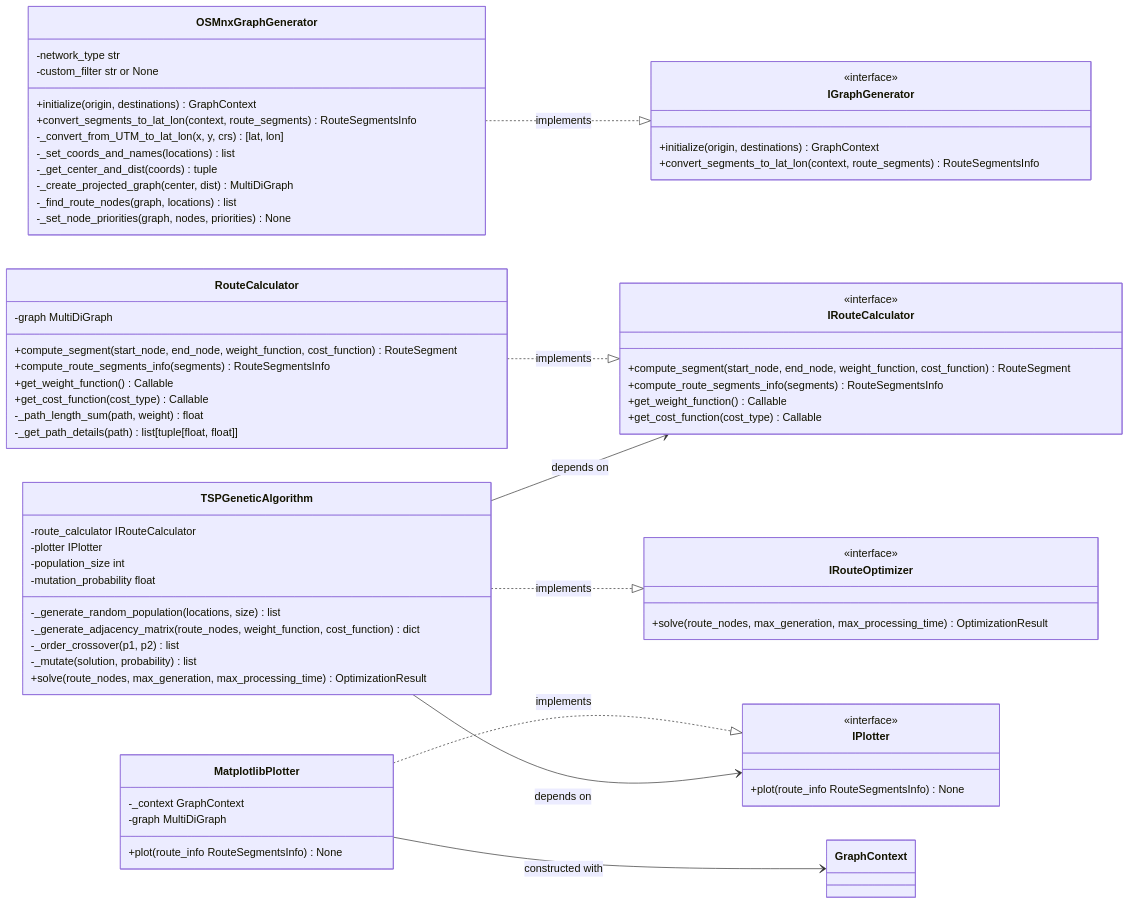
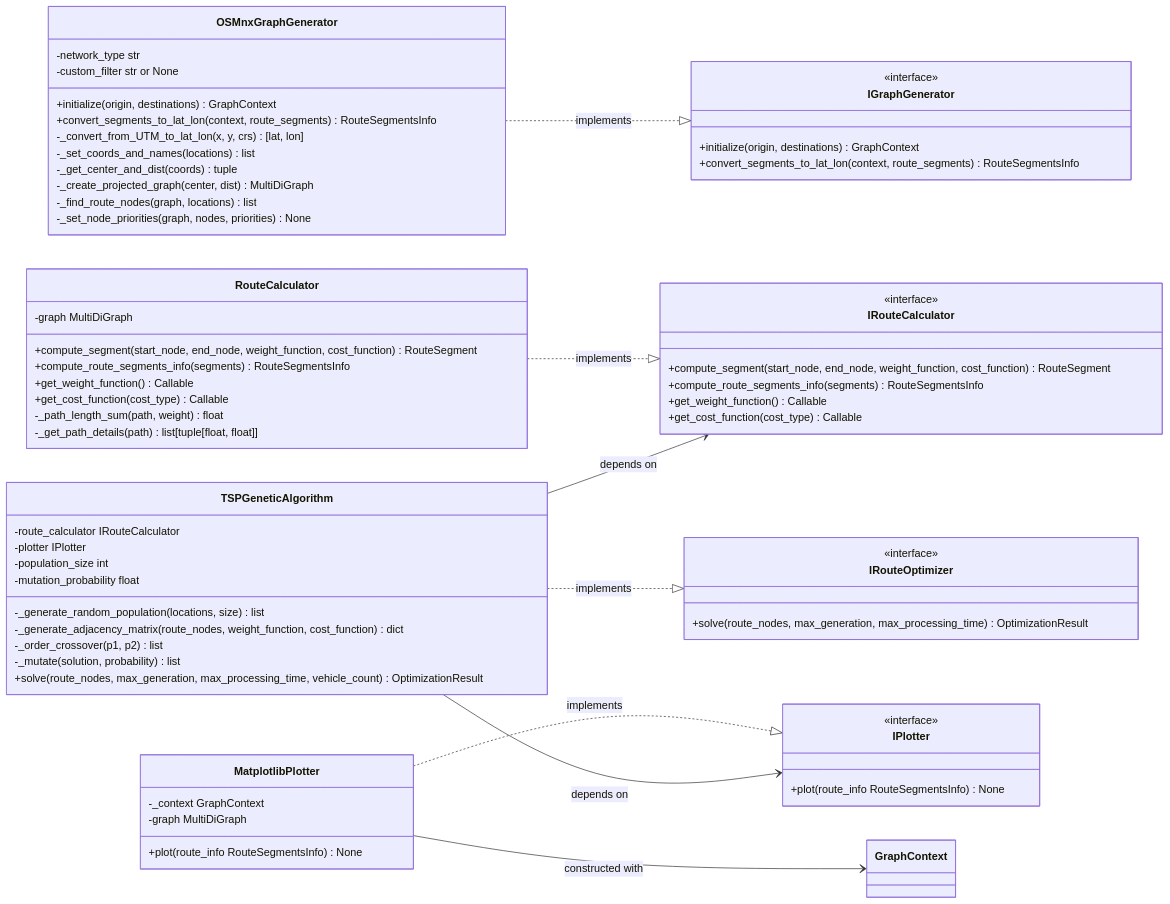
The second of 3 diagrams in architecture.md (luizaaca/api_best_route), drawn with Mermaid before and after one commit. The commit also changed other lines of this file and 9 other files, not shown here.

Commit message:
feat: Add vehicle_count parameter to route optimization and update related documentation and logic

````diff
--- a/architecture.md
+++ b/architecture.md
@@ -195,78 +195,78 @@
 ```mermaid
 classDiagram
     direction LR
 
     class IGraphGenerator {
         <<interface>>
         +initialize(origin, destinations) GraphContext
         +convert_segments_to_lat_lon(context, route_segments) RouteSegmentsInfo
     }
 
     class IRouteCalculator {
         <<interface>>
         +compute_segment(start_node, end_node, weight_function, cost_function) RouteSegment
         +compute_route_segments_info(segments) RouteSegmentsInfo
         +get_weight_function() Callable
         +get_cost_function(cost_type) Callable
     }
 
     class IRouteOptimizer {
         <<interface>>
         +solve(route_nodes, max_generation, max_processing_time) OptimizationResult
     }
 
     class IPlotter {
         <<interface>>
         +plot(route_info RouteSegmentsInfo) None
     }
 
     class OSMnxGraphGenerator {
         -network_type str
         -custom_filter str or None
         +initialize(origin, destinations) GraphContext
         +convert_segments_to_lat_lon(context, route_segments) RouteSegmentsInfo
         -_convert_from_UTM_to_lat_lon(x, y, crs) [lat, lon]
         -_set_coords_and_names(locations) list
         -_get_center_and_dist(coords) tuple
         -_create_projected_graph(center, dist) MultiDiGraph
         -_find_route_nodes(graph, locations) list
         -_set_node_priorities(graph, nodes, priorities) None
     }
 
     class RouteCalculator {
         -graph MultiDiGraph
         +compute_segment(start_node, end_node, weight_function, cost_function) RouteSegment
         +compute_route_segments_info(segments) RouteSegmentsInfo
         +get_weight_function() Callable
         +get_cost_function(cost_type) Callable
         -_path_length_sum(path, weight) float
         -_get_path_details(path) list[tuple[float, float]]
     }
 
     class TSPGeneticAlgorithm {
         -route_calculator IRouteCalculator
         -plotter IPlotter           
         -population_size int
         -mutation_probability float
         -_generate_random_population(locations, size) list
         -_generate_adjacency_matrix(route_nodes, weight_function, cost_function) dict
         -_order_crossover(p1, p2) list
         -_mutate(solution, probability) list
-        +solve(route_nodes, max_generation, max_processing_time) OptimizationResult
+        +solve(route_nodes, max_generation, max_processing_time, vehicle_count) OptimizationResult
     }
 
     class MatplotlibPlotter {
         -_context GraphContext
         -graph MultiDiGraph
         +plot(route_info RouteSegmentsInfo) None
     }
 
     OSMnxGraphGenerator ..|> IGraphGenerator : implements
     RouteCalculator ..|> IRouteCalculator : implements
     TSPGeneticAlgorithm ..|> IRouteOptimizer : implements
     MatplotlibPlotter ..|> IPlotter : implements
 
     TSPGeneticAlgorithm --> IRouteCalculator : depends on
     TSPGeneticAlgorithm --> IPlotter : depends on
     MatplotlibPlotter --> GraphContext : constructed with
 ```
````
